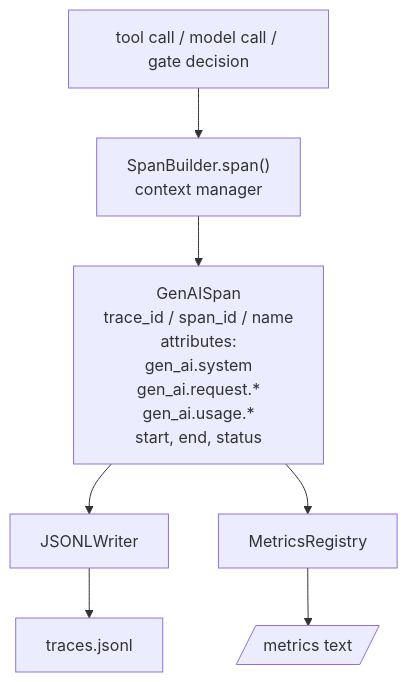
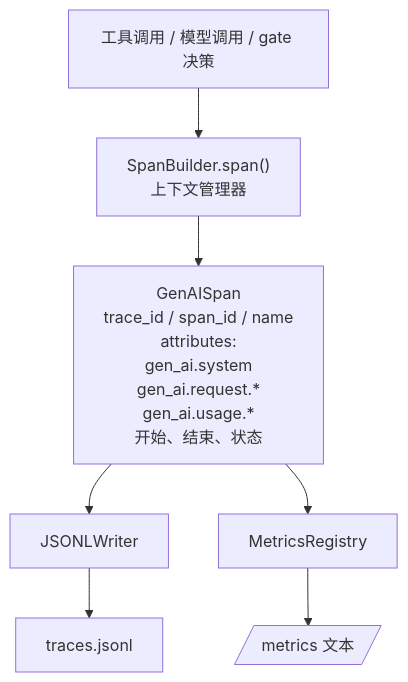
Before and after one commit to alessandrodinisio-ai/ai-engineering-learning-framework: the first of 2 diagrams in phases/19-capstone-projects/28-observability-otel-traces/docs/zh.md, drawn with Mermaid. The commit also changed other lines of this file and 120 other files, not shown here.

First line of the commit message:
i18n(mermaid): 337 个 mermaid 图表标签中文化

````diff
--- a/phases/19-capstone-projects/28-observability-otel-traces/docs/zh.md
+++ b/phases/19-capstone-projects/28-observability-otel-traces/docs/zh.md
@@ -32,9 +32,9 @@
 ```mermaid
 flowchart TD
-  Call[tool call / model call / gate decision] --> Span["SpanBuilder.span()<br/>context manager"]
-  Span --> GenAI[GenAISpan<br/>trace_id / span_id / name<br/>attributes:<br/>gen_ai.system<br/>gen_ai.request.*<br/>gen_ai.usage.*<br/>start, end, status]
+  Call[工具调用 / 模型调用 / gate 决策] --> Span["SpanBuilder.span()<br/>上下文管理器"]
+  Span --> GenAI[GenAISpan<br/>trace_id / span_id / name<br/>attributes:<br/>gen_ai.system<br/>gen_ai.request.*<br/>gen_ai.usage.*<br/>开始、结束、状态]
   GenAI --> Writer[JSONLWriter]
   GenAI --> Metrics[MetricsRegistry]
   Writer --> Traces[traces.jsonl]
-  Metrics --> Prom[/metrics text/]
+  Metrics --> Prom[/metrics 文本/]
 ```
````
